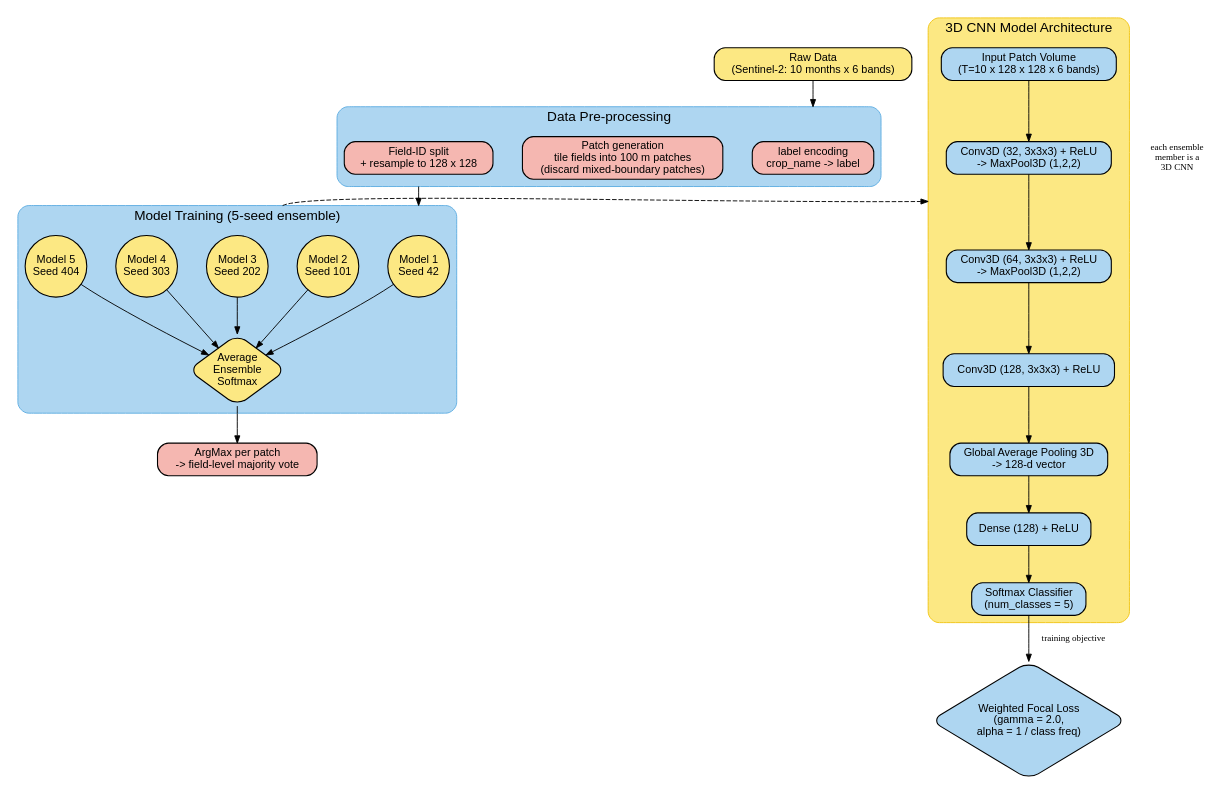
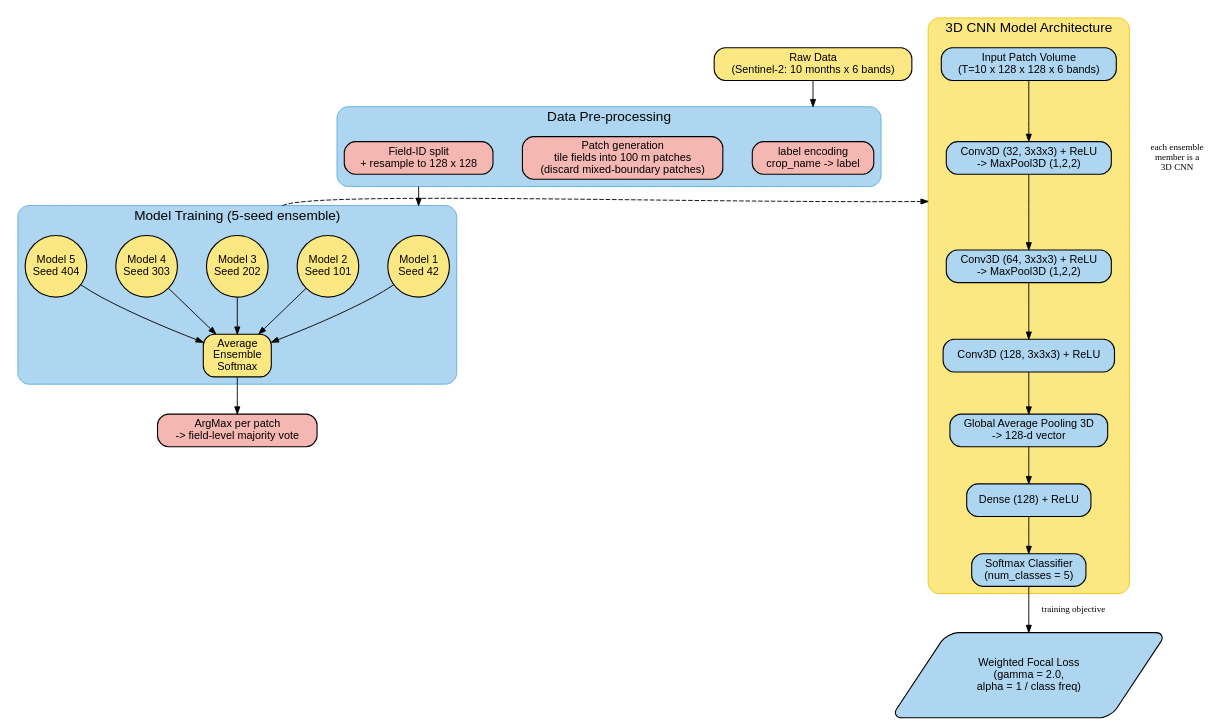
One commit to mmann1123/South_Africa_Crop_Comp changed the diagram in writeup/figures/patch_model.dot. Above: the diagram before and after it, drawn with Graphviz. The commit also changed 210 other files, not shown here.

```diff
--- a/writeup/figures/patch_model.dot
+++ b/writeup/figures/patch_model.dot
@@ -1,65 +1,67 @@
 // 3D CNN (patch-level) architecture diagram. Style matches ltae_s.dot /
 // cnn_bilstm.pdf / tabnet.pdf (Graphviz dot, pastel rounded boxes, yellow
-// architecture cluster, seed circles, diamonds for ensemble/loss).
+// architecture cluster, seed circles, rectangle for the ensemble-averaging
+// process, parallelogram for the loss objective). Diamonds are reserved for
+// genuine YES/NO decisions only.
 // Render:  dot -Tpdf patch_model.dot -o patch_model.pdf
 digraph Patch3DCNN {
   rankdir=TB;
   compound=true;
   graph [fontname="Helvetica", fontsize=15, splines=true, nodesep=0.45, ranksep=0.55];
   node  [fontname="Helvetica", fontsize=12, style="rounded,filled", shape=box,
          color=black, penwidth=1.2];
   edge  [color=black, arrowsize=0.8];
 
   // ---- palette: blue #AED6F1  yellow #FCE883  pink #F5B7B1  green #ABEBC6 ----
 
   RawData [label="Raw Data\n(Sentinel-2: 10 months x 6 bands)", fillcolor="#FCE883"];
 
   subgraph cluster_prep {
     label="Data Pre-processing";
     style="rounded,filled"; fillcolor="#AED6F1"; color="#5DADE2"; fontsize=15;
     prep1 [label="label encoding\ncrop_name -> label", fillcolor="#F5B7B1"];
     prep2 [label="Patch generation\ntile fields into 100 m patches\n(discard mixed-boundary patches)", fillcolor="#F5B7B1"];
     prep3 [label="Field-ID split\n+ resample to 128 x 128", fillcolor="#F5B7B1"];
   }
 
   subgraph cluster_train {
     label="Model Training (5-seed ensemble)";
     style="rounded,filled"; fillcolor="#AED6F1"; color="#5DADE2"; fontsize=15;
     m1 [label="Model 1\nSeed 42",  shape=circle, fillcolor="#FCE883", width=0.95, fixedsize=true];
     m2 [label="Model 2\nSeed 101", shape=circle, fillcolor="#FCE883", width=0.95, fixedsize=true];
     m3 [label="Model 3\nSeed 202", shape=circle, fillcolor="#FCE883", width=0.95, fixedsize=true];
     m4 [label="Model 4\nSeed 303", shape=circle, fillcolor="#FCE883", width=0.95, fixedsize=true];
     m5 [label="Model 5\nSeed 404", shape=circle, fillcolor="#FCE883", width=0.95, fixedsize=true];
-    ens [label="Average\nEnsemble\nSoftmax", shape=diamond, fillcolor="#FCE883", width=1.5, height=1.1, fixedsize=true];
+    ens [label="Average\nEnsemble\nSoftmax", shape=box, fillcolor="#FCE883"];
     m1 -> ens; m2 -> ens; m3 -> ens; m4 -> ens; m5 -> ens;
   }
 
   argmax [label="ArgMax per patch\n-> field-level majority vote", fillcolor="#F5B7B1"];
 
   subgraph cluster_arch {
     label="3D CNN Model Architecture";
     style="rounded,filled"; fillcolor="#FCE883"; color="#F1C40F"; fontsize=15;
     a_in  [label="Input Patch Volume\n(T=10 x 128 x 128 x 6 bands)", fillcolor="#AED6F1"];
     a_c1  [label="Conv3D (32, 3x3x3) + ReLU\n-> MaxPool3D (1,2,2)", fillcolor="#AED6F1"];
     a_c2  [label="Conv3D (64, 3x3x3) + ReLU\n-> MaxPool3D (1,2,2)", fillcolor="#AED6F1"];
     a_c3  [label="Conv3D (128, 3x3x3) + ReLU", fillcolor="#AED6F1"];
     a_gap [label="Global Average Pooling 3D\n-> 128-d vector", fillcolor="#AED6F1"];
     a_fc  [label="Dense (128) + ReLU", fillcolor="#AED6F1"];
     a_out [label="Softmax Classifier\n(num_classes = 5)", fillcolor="#AED6F1"];
     a_in -> a_c1 -> a_c2 -> a_c3 -> a_gap -> a_fc -> a_out;
   }
 
   loss [label="Weighted Focal Loss\n(gamma = 2.0,\nalpha = 1 / class freq)",
-        shape=diamond, fillcolor="#AED6F1", width=3.0, height=1.8, fixedsize=true];
+        shape=parallelogram, fillcolor="#AED6F1"];
 
   // ---- pipeline edges ----
   RawData -> prep1 [lhead=cluster_prep];
   prep3 -> m1 [ltail=cluster_prep, lhead=cluster_train];
   ens -> argmax;
 
   // architecture detail of each ensemble member (placed to the right)
   m3 -> a_in [ltail=cluster_train, lhead=cluster_arch, style=dashed,
               label="each ensemble\nmember is a\n3D CNN", fontsize=10,
               constraint=false];
   a_out -> loss [label="  training objective", fontsize=10];
 }
```
